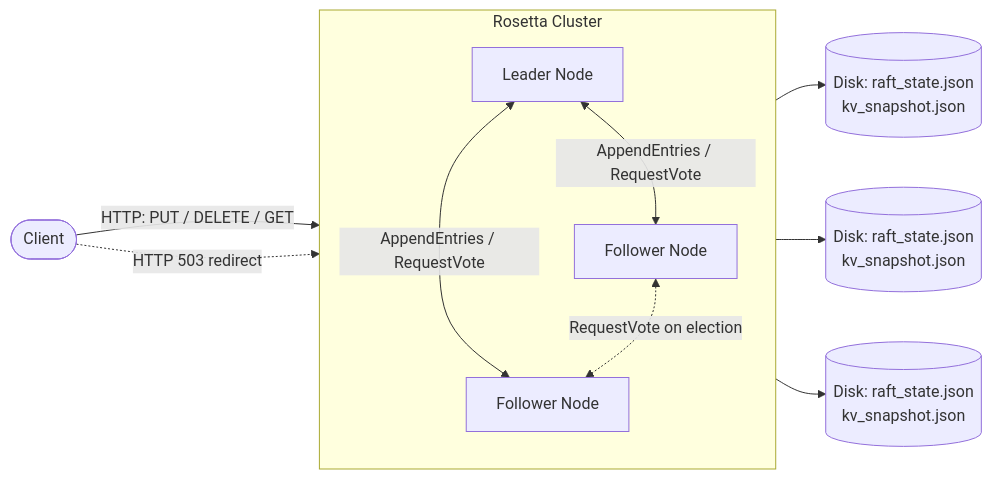
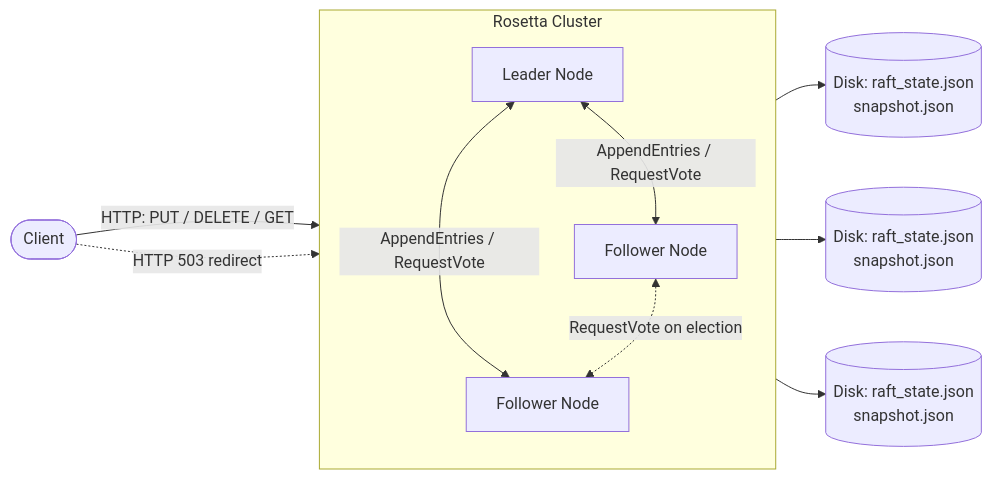
The first of 2 diagrams in README.md (hyuraku/rosetta), drawn with Mermaid before and after one commit. The commit also changed other lines of this file and 4 other files, not shown here.

````diff
--- a/README.md
+++ b/README.md
@@ -57,22 +62,22 @@
 ```mermaid
 flowchart LR
     Client([Client])
 
     subgraph Cluster[Rosetta Cluster]
         direction TB
         Leader[Leader Node]
         F1[Follower Node]
         F2[Follower Node]
 
         Leader <-->|AppendEntries / RequestVote| F1
         Leader <-->|AppendEntries / RequestVote| F2
         F1 <-.->|RequestVote on election| F2
     end
 
     Client -->|HTTP: PUT / DELETE / GET| Leader
     Client -.->|HTTP 503 redirect| F1
 
-    Leader --> DL[(Disk: raft_state.json<br/>kv_snapshot.json)]
-    F1 --> DF1[(Disk: raft_state.json<br/>kv_snapshot.json)]
-    F2 --> DF2[(Disk: raft_state.json<br/>kv_snapshot.json)]
+    Leader --> DL[(Disk: raft_state.json<br/>snapshot.json)]
+    F1 --> DF1[(Disk: raft_state.json<br/>snapshot.json)]
+    F2 --> DF2[(Disk: raft_state.json<br/>snapshot.json)]
 ```
````
